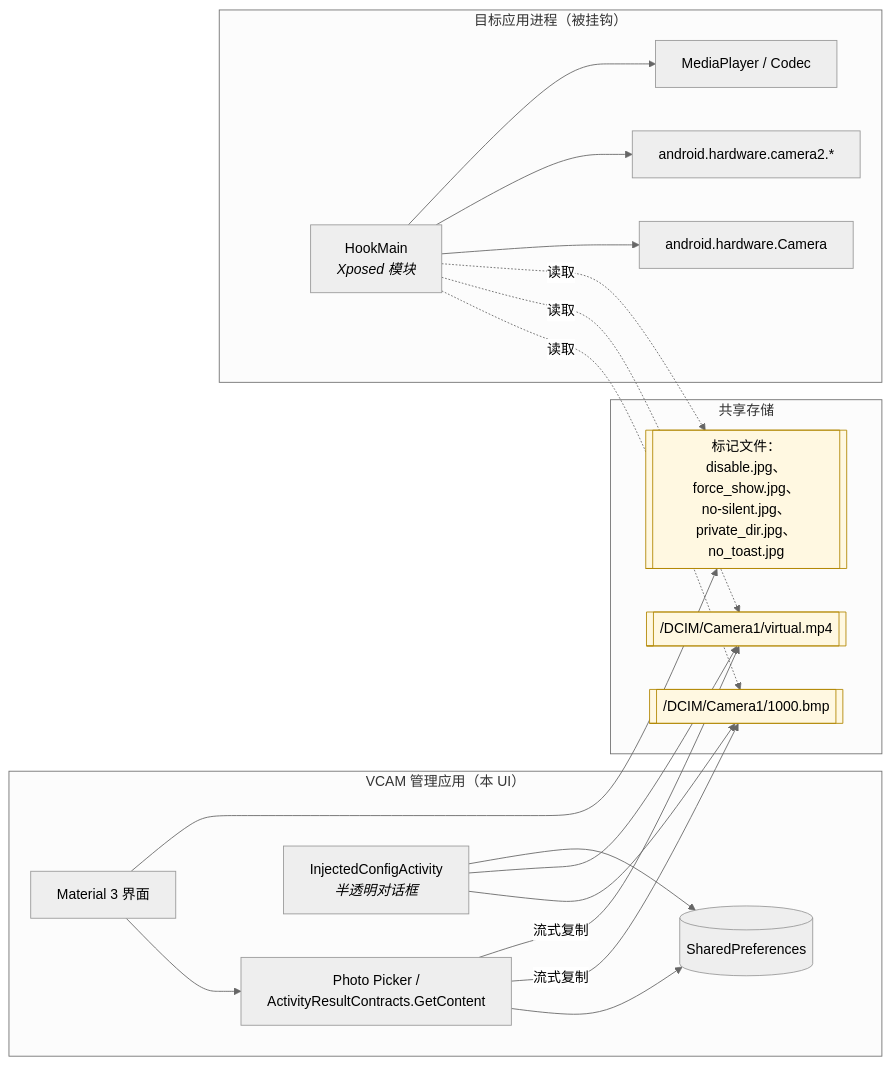
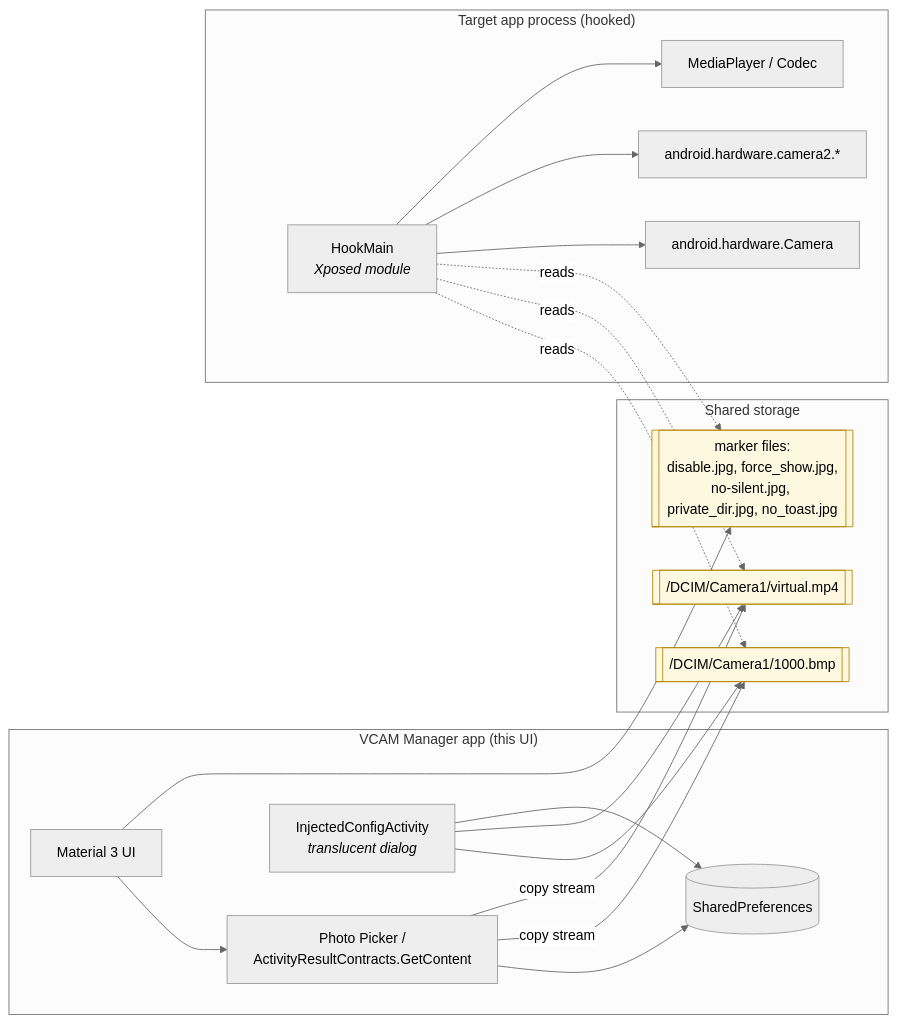
The first of 3 diagrams in README.md (Steake/com.example.vcam), drawn with Mermaid (neutral theme) before and after one commit. The commit also changed other lines of this file and 4 other files, not shown here.

````diff
--- a/README.md
+++ b/README.md
@@ -40,40 +40,40 @@
 ```mermaid
 flowchart LR
-    subgraph Manager["VCAM 管理应用（本 UI）"]
-        UI[Material 3 界面]
+    subgraph Manager["VCAM Manager app (this UI)"]
+        UI[Material 3 UI]
         Picker[Photo Picker /<br/>ActivityResultContracts.GetContent]
-        Inj[InjectedConfigActivity<br/><i>半透明对话框</i>]
+        Inj[InjectedConfigActivity<br/><i>translucent dialog</i>]
         Prefs[(SharedPreferences)]
     end
 
-    subgraph Disk["共享存储"]
+    subgraph Disk["Shared storage"]
         Img[[/DCIM/Camera1/1000.bmp]]
         Vid[[/DCIM/Camera1/virtual.mp4]]
-        Markers[["标记文件：<br/>disable.jpg、force_show.jpg、<br/>no-silent.jpg、private_dir.jpg、no_toast.jpg"]]
+        Markers[["marker files:<br/>disable.jpg, force_show.jpg,<br/>no-silent.jpg, private_dir.jpg, no_toast.jpg"]]
     end
 
-    subgraph Target["目标应用进程（被挂钩）"]
+    subgraph Target["Target app process (hooked)"]
         Cam1[android.hardware.Camera]
         Cam2[android.hardware.camera2.*]
         MP[MediaPlayer / Codec]
-        Hook[HookMain<br/><i>Xposed 模块</i>]
+        Hook[HookMain<br/><i>Xposed module</i>]
     end
 
     UI --> Picker --> Prefs
     UI --> Markers
-    Picker -->|流式复制| Img
-    Picker -->|流式复制| Vid
+    Picker -->|copy stream| Img
+    Picker -->|copy stream| Vid
     Inj --> Img
     Inj --> Vid
     Inj --> Prefs
 
-    Hook -. 读取 .-> Img
-    Hook -. 读取 .-> Vid
-    Hook -. 读取 .-> Markers
+    Hook -. reads .-> Img
+    Hook -. reads .-> Vid
+    Hook -. reads .-> Markers
     Hook --> Cam1
     Hook --> Cam2
     Hook --> MP
 
     classDef disk fill:#fff8e1,stroke:#b28704;
     class Img,Vid,Markers disk;
 ```
````
